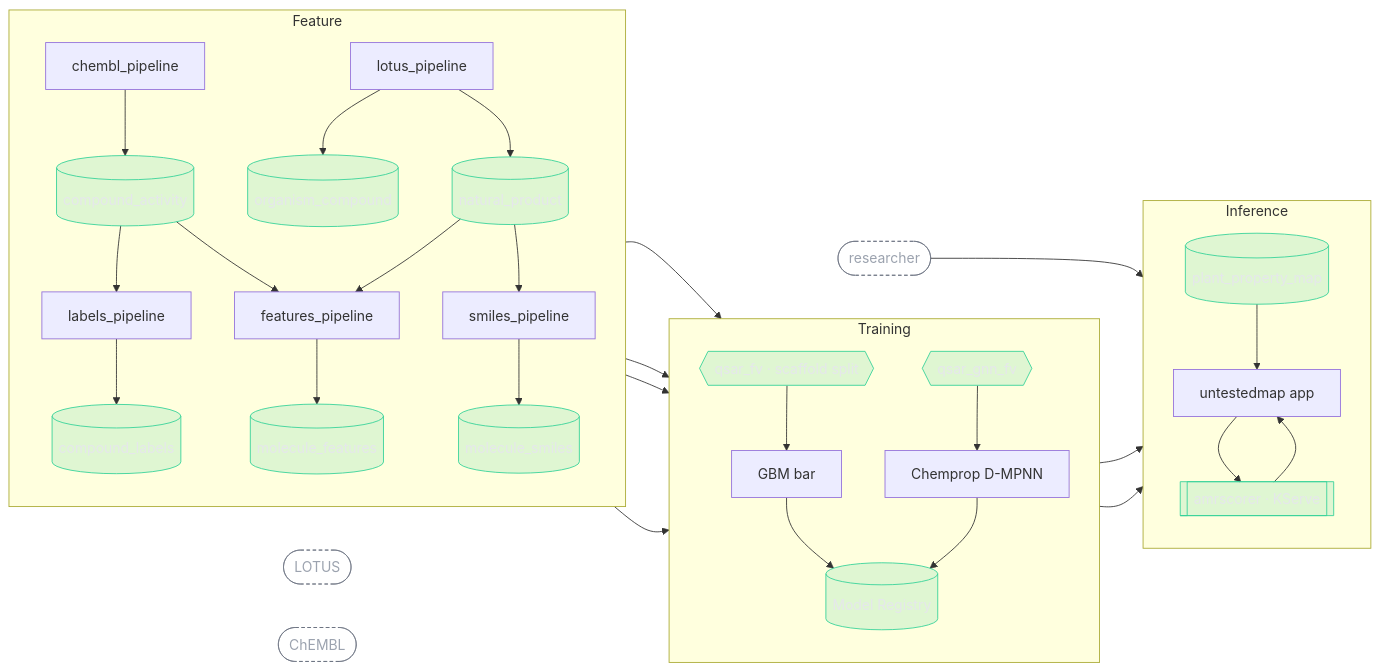
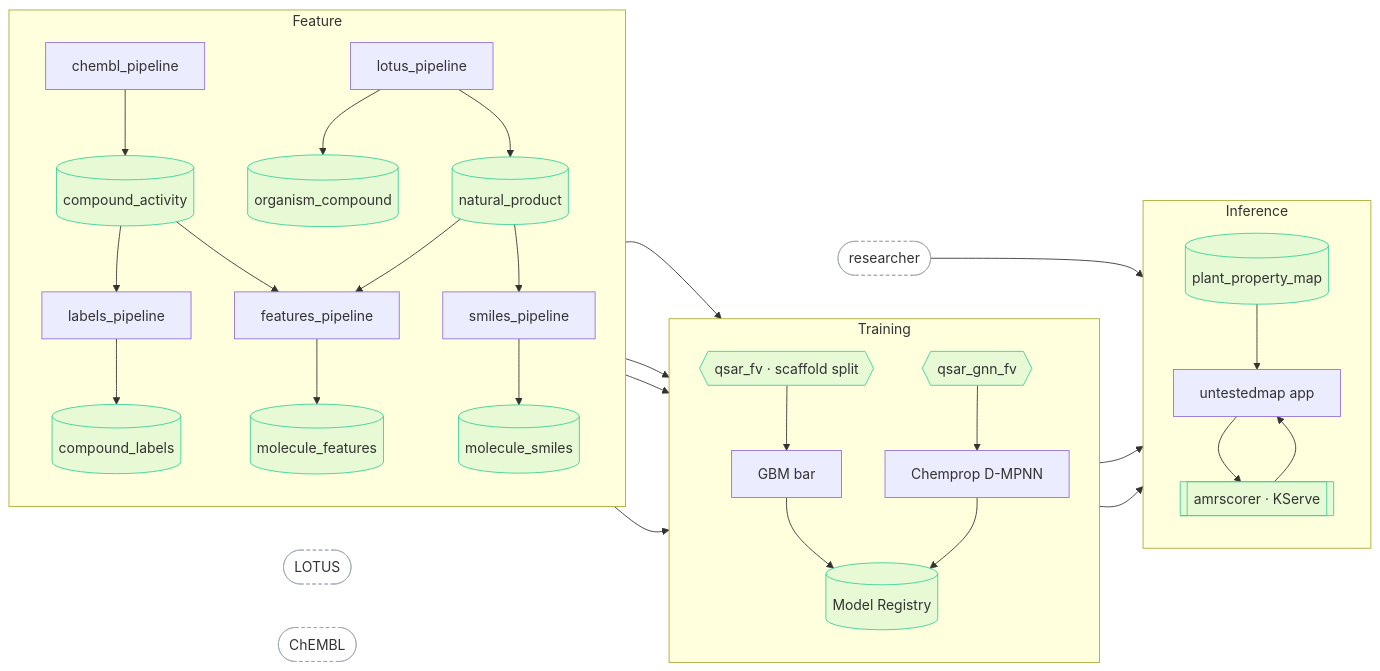
The diagram in README.md (MagicLex/the-untested), drawn with Mermaid before and after one commit.

Commit message:
readme: mermaid text follows GitHub theme (was invisible on light bg)

````diff
--- a/README.md
+++ b/README.md
@@ -74,38 +74,38 @@
 ```mermaid
 flowchart LR
     lotus([LOTUS]):::ext
     chembl([ChEMBL]):::ext
 
     subgraph FE[Feature]
         direction TB
         f1[lotus_pipeline] --> np[(natural_product)]:::hops
         f1 --> oc[(organism_compound)]:::hops
         f2[chembl_pipeline] --> ca[(compound_activity)]:::hops
         ca --> f2b[labels_pipeline] --> cl[(compound_labels)]:::hops
         np --> f3[features_pipeline]
         ca --> f3
         f3 --> mf[(molecule_features)]:::hops
         np --> f3b[smiles_pipeline] --> ms[(molecule_smiles)]:::hops
     end
     subgraph TR[Training]
         direction TB
         fv{{qsar_fv · scaffold split}}:::hops --> t1[GBM bar] --> reg[(Model Registry)]:::hops
         gfv{{qsar_gnn_fv}}:::hops --> t2[Chemprop D-MPNN] --> reg
     end
     subgraph INF[Inference]
         direction TB
         map[(plant_property_map)]:::hops
         ep[[amrscorer · KServe]]:::hops --> app[untestedmap app]
     end
 
     cl --> fv
     mf --> fv
     cl --> gfv
     ms --> gfv
     reg --> map --> app
     reg --> ep
     who([researcher]):::ext --> app --> ep
 
-    classDef hops fill:#10b98122,stroke:#34d399,color:#e5e7eb;
-    classDef ext fill:none,stroke:#6b7280,color:#9ca3af,stroke-dasharray:4 3;
+    classDef hops fill:#10b98118,stroke:#34d399,stroke-width:1px;
+    classDef ext fill:none,stroke:#9ca3af,stroke-dasharray:4 3;
 ```
````
